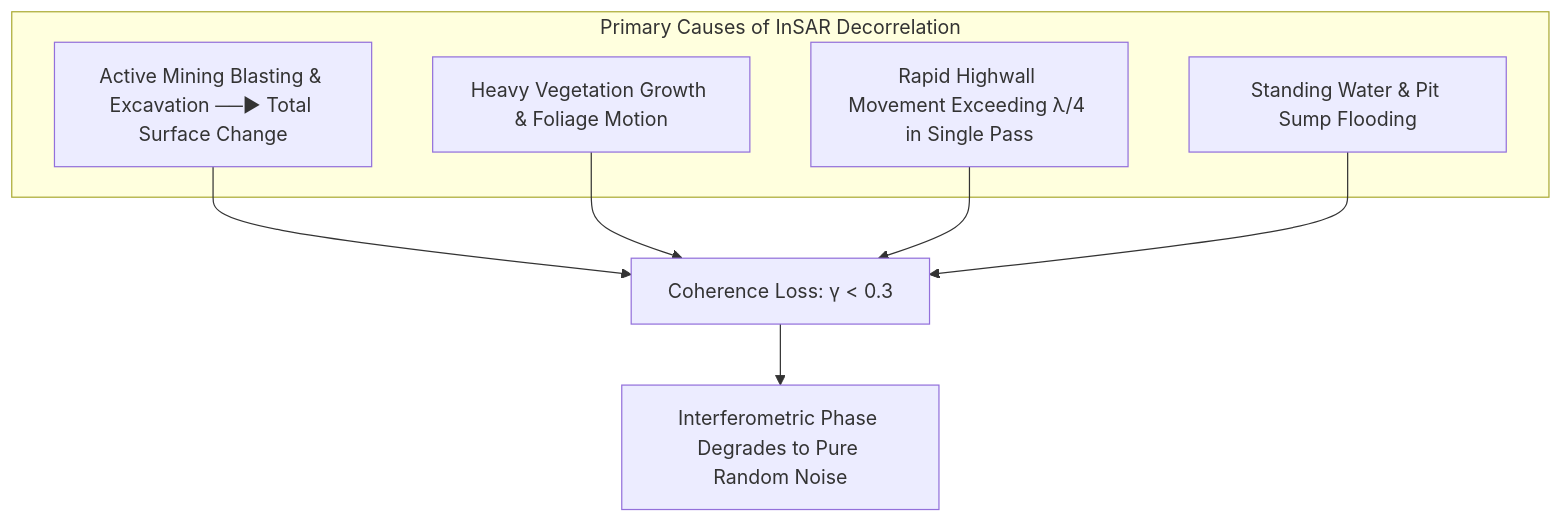
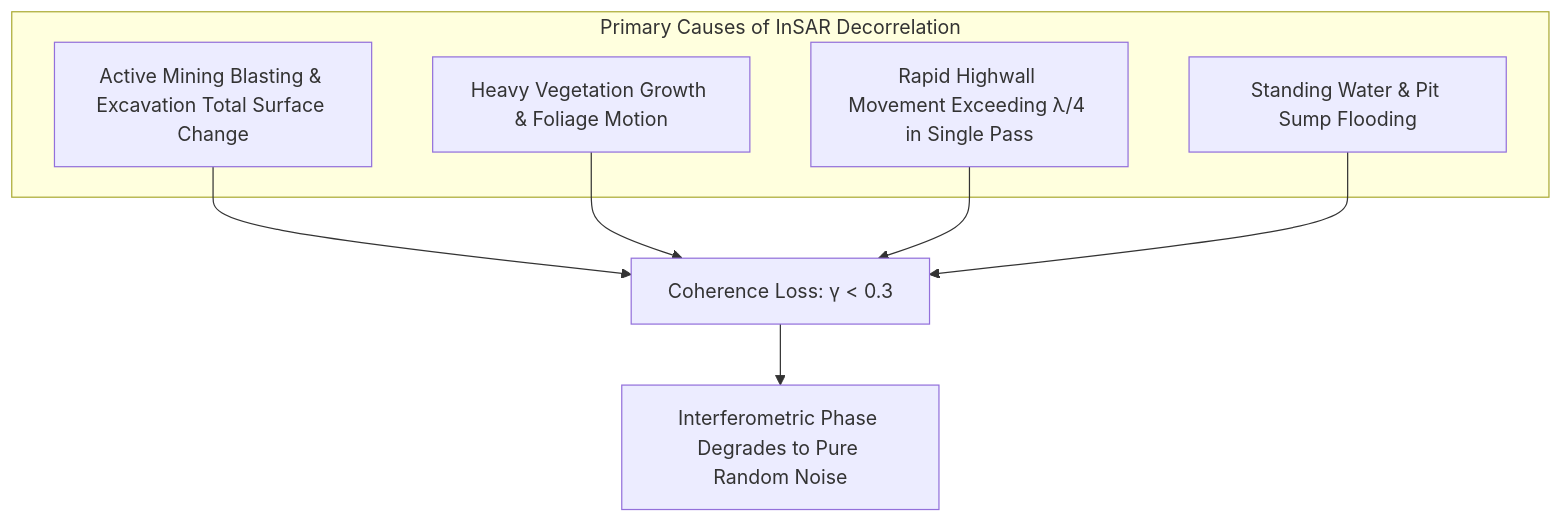
Before and after one commit to angelverman2021-a11y/Report: diagram 11 of 16 in docs/03_Satellite_InSAR_DInSAR_PSInSAR_SBAS.md, drawn with Mermaid. The commit also changed other lines of this file and 32 other files, not shown here.

````diff
--- a/docs/03_Satellite_InSAR_DInSAR_PSInSAR_SBAS.md
+++ b/docs/03_Satellite_InSAR_DInSAR_PSInSAR_SBAS.md
@@ -478,11 +478,11 @@
 ```mermaid
 flowchart TD
-    subgraph Primary Causes of InSAR Decorrelation
-        D1[Active Mining Blasting & Excavation ──► Total Surface Change]
-        D2[Heavy Vegetation Growth & Foliage Motion]
-        D3[Rapid Highwall Movement Exceeding λ/4 in Single Pass]
-        D4[Standing Water & Pit Sump Flooding]
-    end
-    D1 & D2 & D3 & D4 --> LOSS[Coherence Loss: γ < 0.3]
-    LOSS --> NOISE[Interferometric Phase Degrades to Pure Random Noise]
+ subgraph Primary Causes of InSAR Decorrelation
+ D1[Active Mining Blasting & Excavation Total Surface Change]
+ D2[Heavy Vegetation Growth & Foliage Motion]
+ D3[Rapid Highwall Movement Exceeding λ/4 in Single Pass]
+ D4[Standing Water & Pit Sump Flooding]
+ end
+ D1 & D2 & D3 & D4 --> LOSS[Coherence Loss: γ < 0.3]
+ LOSS --> NOISE[Interferometric Phase Degrades to Pure Random Noise]
 ```
````
